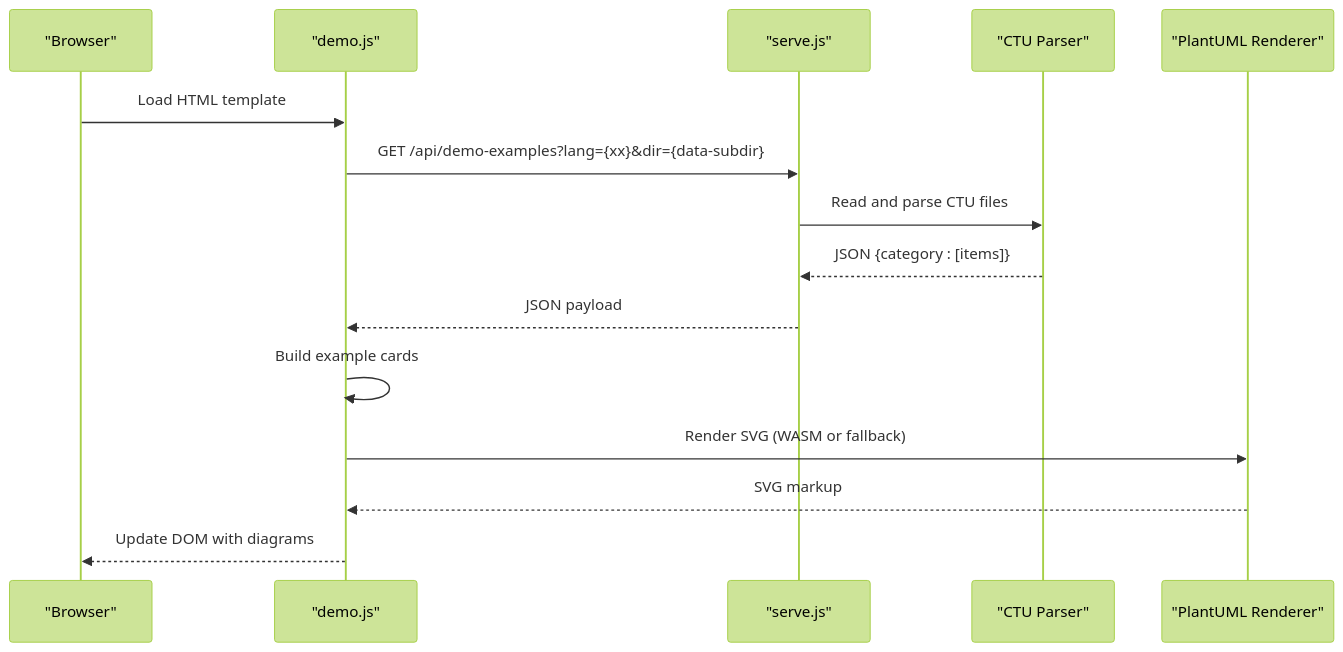
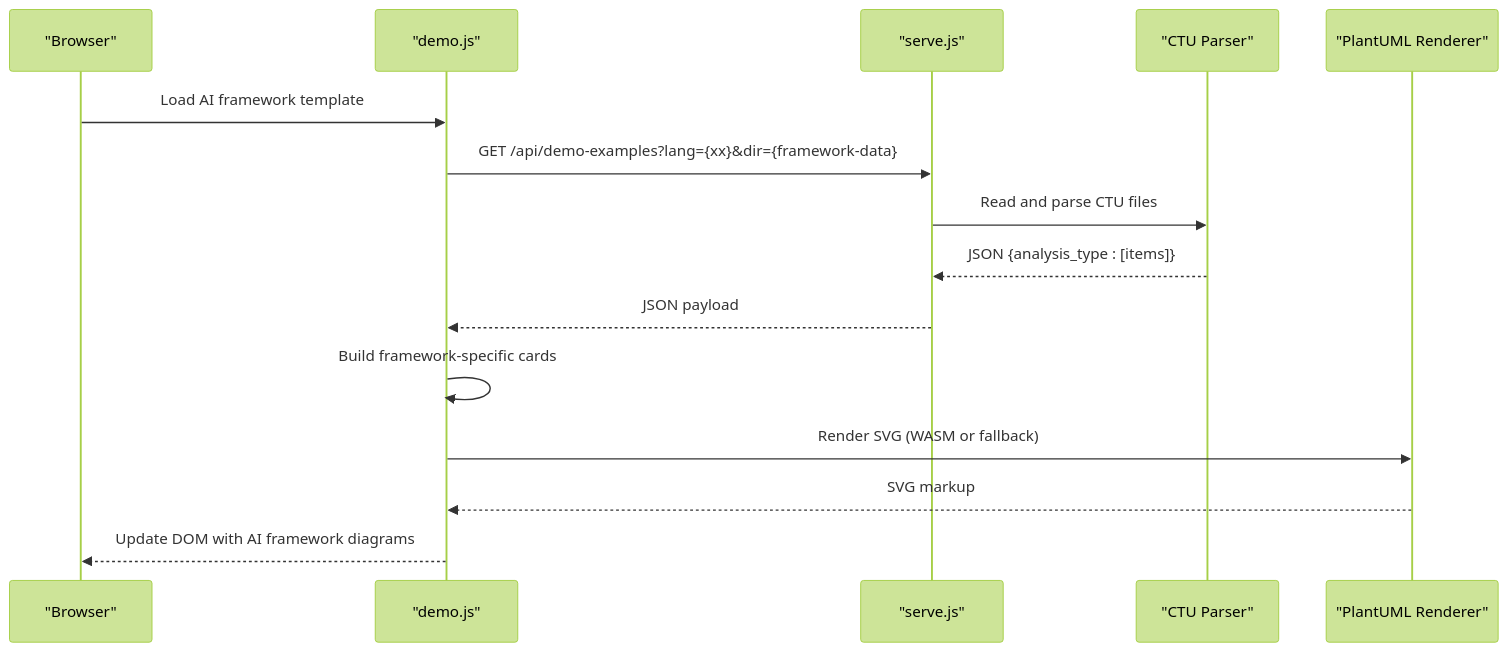
The second of 8 diagrams in .qoder/repowiki/en/content/Template System/Template System.md (pingwurth/code-to-uml), drawn with Mermaid (forest theme) before and after one commit. The commit also changed other lines of this file and 48 other files, not shown here.

````diff
--- a/.qoder/repowiki/en/content/Template System/Template System.md
+++ b/.qoder/repowiki/en/content/Template System/Template System.md
@@ -132,17 +186,17 @@
 ```mermaid
 sequenceDiagram
 participant Browser as "Browser"
 participant DemoJS as "demo.js"
 participant Server as "serve.js"
 participant Parser as "CTU Parser"
 participant Renderer as "PlantUML Renderer"
-Browser->>DemoJS : Load HTML template
-DemoJS->>Server : GET /api/demo-examples?lang={xx}&dir={data-subdir}
+Browser->>DemoJS : Load AI framework template
+DemoJS->>Server : GET /api/demo-examples?lang={xx}&dir={framework-data}
 Server->>Parser : Read and parse CTU files
-Parser-->>Server : JSON {category : [items]}
+Parser-->>Server : JSON {analysis_type : [items]}
 Server-->>DemoJS : JSON payload
-DemoJS->>DemoJS : Build example cards
+DemoJS->>DemoJS : Build framework-specific cards
 DemoJS->>Renderer : Render SVG (WASM or fallback)
 Renderer-->>DemoJS : SVG markup
-DemoJS-->>Browser : Update DOM with diagrams
+DemoJS-->>Browser : Update DOM with AI framework diagrams
 ```
````
